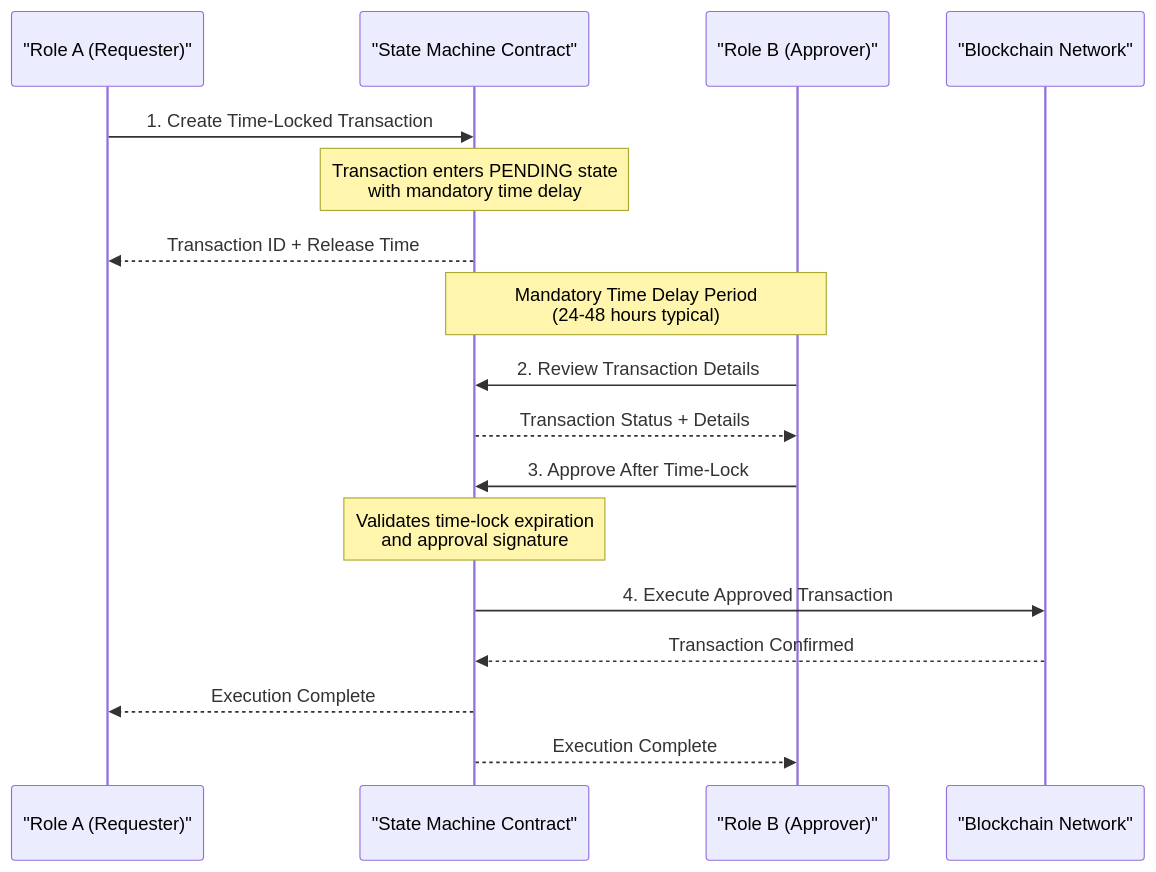
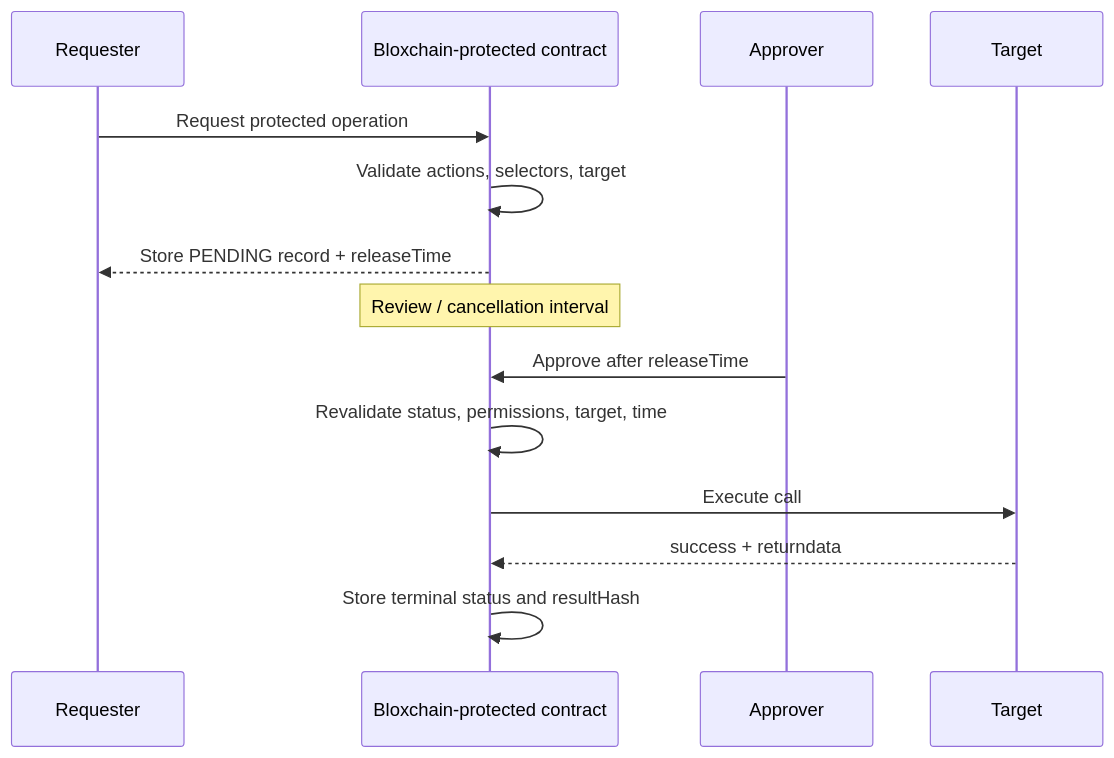
One commit to PracticalParticle/Bloxchain-Protocol changed the third of 4 diagrams in WHITEPAPER.md. Above: the diagram before and after it, drawn with Mermaid. The commit also changed other lines of this file, not shown here.

````diff
--- a/WHITEPAPER.md
+++ b/WHITEPAPER.md
@@ -154,23 +368,17 @@
 ```mermaid
 sequenceDiagram
-    participant RoleA as "Role A (Requester)"
-    participant Contract as "State Machine Contract"
-    participant RoleB as "Role B (Approver)"
-    participant Blockchain as "Blockchain Network"
-    
-    RoleA->>Contract: 1. Create Time-Locked Transaction
-    Note over Contract: Transaction enters PENDING state<br/>with mandatory time delay
-    Contract-->>RoleA: Transaction ID + Release Time
-    
-    Note over Contract,RoleB: Mandatory Time Delay Period<br/>(24-48 hours typical)
-    
-    RoleB->>Contract: 2. Review Transaction Details
-    Contract-->>RoleB: Transaction Status + Details
-    
-    RoleB->>Contract: 3. Approve After Time-Lock
-    Note over Contract: Validates time-lock expiration<br/>and approval signature
-    Contract->>Blockchain: 4. Execute Approved Transaction
-    Blockchain-->>Contract: Transaction Confirmed
-    Contract-->>RoleA: Execution Complete
-    Contract-->>RoleB: Execution Complete
+    participant R as Requester
+    participant P as Bloxchain-protected contract
+    participant A as Approver
+    participant T as Target
+
+    R->>P: Request protected operation
+    P->>P: Validate actions, selectors, target
+    P-->>R: Store PENDING record + releaseTime
+    Note over P: Review / cancellation interval
+    A->>P: Approve after releaseTime
+    P->>P: Revalidate status, permissions, target, time
+    P->>T: Execute call
+    T-->>P: success + returndata
+    P->>P: Store terminal status and resultHash
 ```
````
